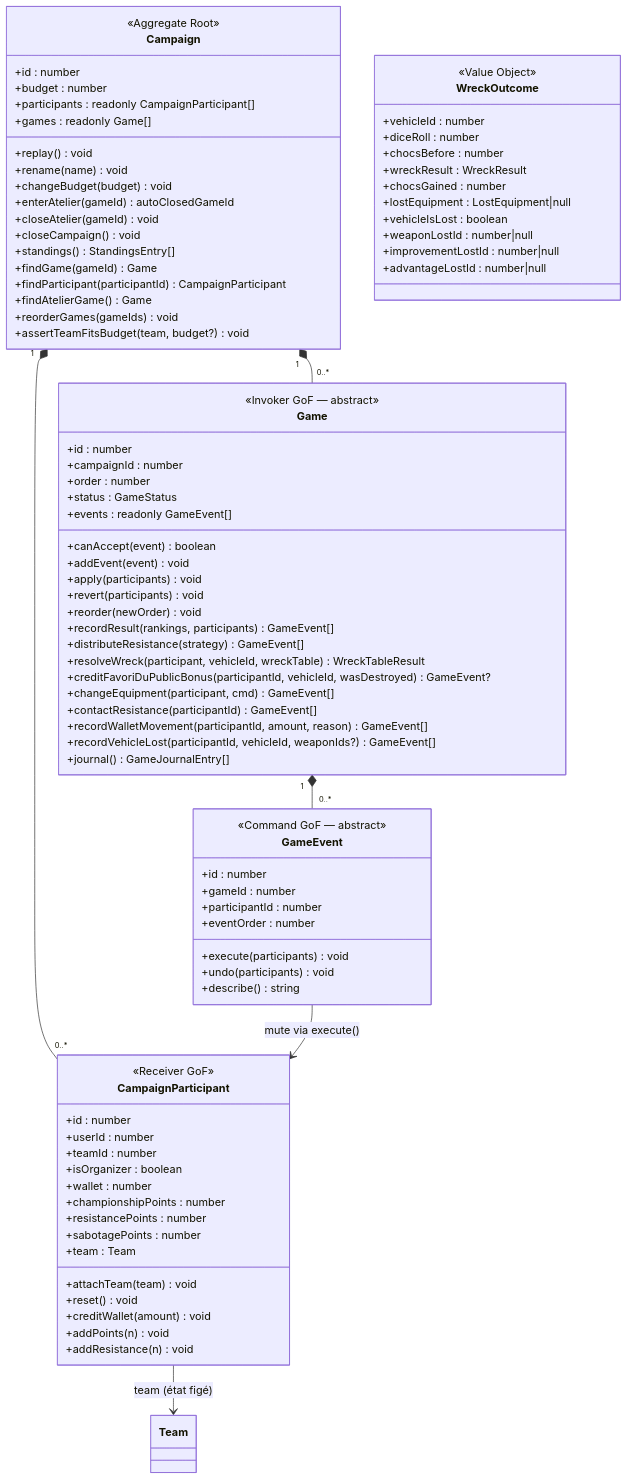
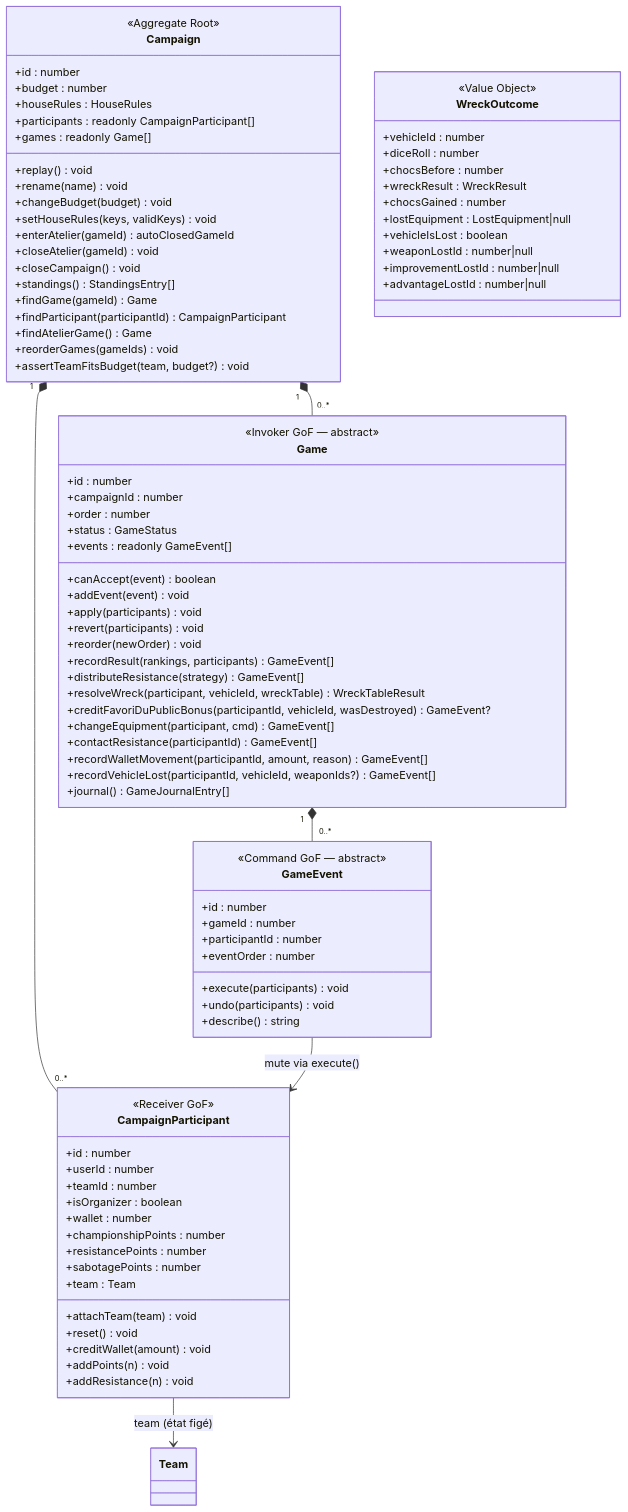
The fifth of 5 diagrams in docs/DOMAIN_MODEL.md (arnaudbracchetti/gaslands-manager), drawn with Mermaid before and after one commit. The commit also changed other lines of this file and 24 other files, not shown here.

```diff
--- a/docs/DOMAIN_MODEL.md
+++ b/docs/DOMAIN_MODEL.md
@@ -764,11 +765,13 @@
         <<Aggregate Root>>
         +id : number
         +budget : number
+        +houseRules : HouseRules
         +participants : readonly CampaignParticipant[]
         +games : readonly Game[]
         +replay() void
         +rename(name) void
         +changeBudget(budget) void
+        +setHouseRules(keys, validKeys) void
         +enterAtelier(gameId) autoClosedGameId
         +closeAtelier(gameId) void
         +closeCampaign() void
```
